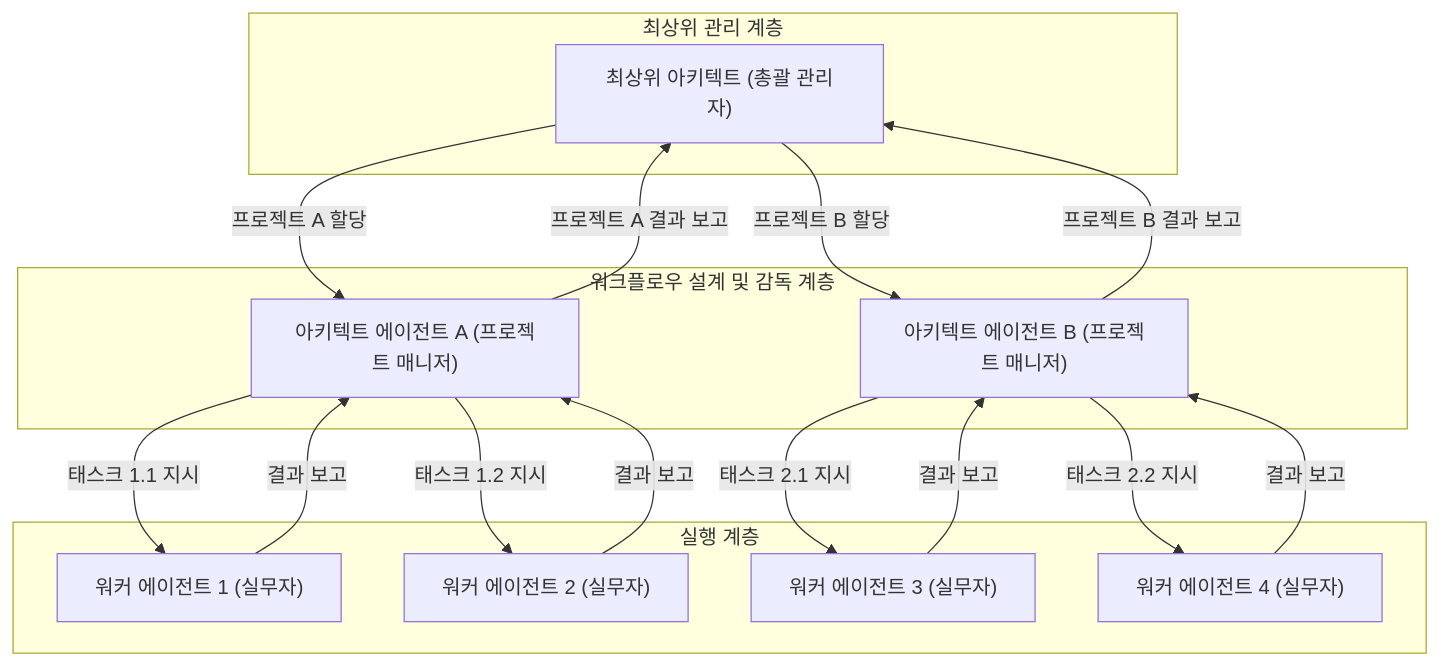
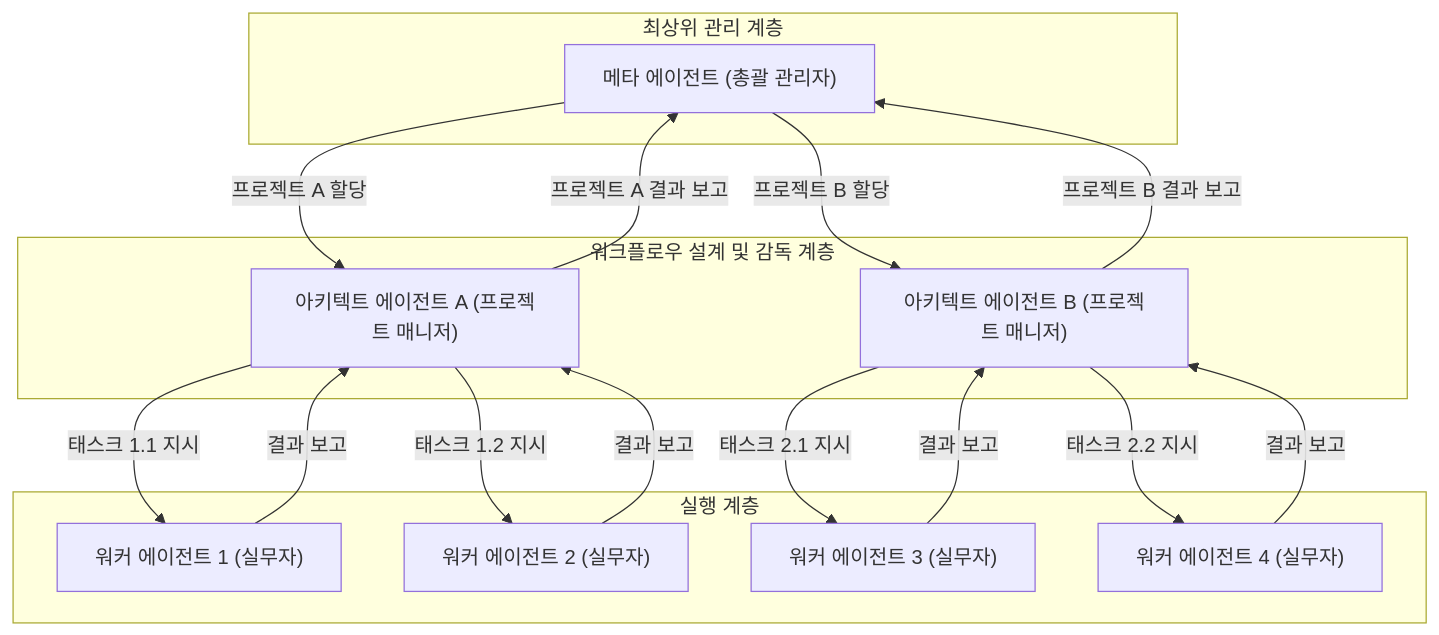
The first of 2 diagrams in book/10-advanced-collaboration-architectures.md (wooxist/ai-instructions), drawn with Mermaid before and after one commit. The commit also changed other lines of this file and 9 other files, not shown here.

````diff
--- a/book/10-advanced-collaboration-architectures.md
+++ b/book/10-advanced-collaboration-architectures.md
@@ -62,35 +62,35 @@
 ```mermaid
 graph TD;
     subgraph "최상위 관리 계층"
-        TopArchitect["최상위 아키텍트 (총괄 관리자)"]
+        MetaAgent["메타 에이전트 (총괄 관리자)"]
     end
 
     subgraph "워크플로우 설계 및 감독 계층"
         ArchitectAgentA["아키텍트 에이전트 A (프로젝트 매니저)"]
         ArchitectAgentB["아키텍트 에이전트 B (프로젝트 매니저)"]
     end
 
     subgraph "실행 계층"
         WorkerAgent1["워커 에이전트 1 (실무자)"]
         WorkerAgent2["워커 에이전트 2 (실무자)"]
         WorkerAgent3["워커 에이전트 3 (실무자)"]
         WorkerAgent4["워커 에이전트 4 (실무자)"]
     end
 
-    TopArchitect -- "프로젝트 A 할당" --> ArchitectAgentA
-    TopArchitect -- "프로젝트 B 할당" --> ArchitectAgentB
+    MetaAgent -- "프로젝트 A 할당" --> ArchitectAgentA
+    MetaAgent -- "프로젝트 B 할당" --> ArchitectAgentB
     
     ArchitectAgentA -- "태스크 1.1 지시" --> WorkerAgent1
     ArchitectAgentA -- "태스크 1.2 지시" --> WorkerAgent2
     
     ArchitectAgentB -- "태스크 2.1 지시" --> WorkerAgent3
     ArchitectAgentB -- "태스크 2.2 지시" --> WorkerAgent4
 
     WorkerAgent1 -- "결과 보고" --> ArchitectAgentA
     WorkerAgent2 -- "결과 보고" --> ArchitectAgentA
     WorkerAgent3 -- "결과 보고" --> ArchitectAgentB
     WorkerAgent4 -- "결과 보고" --> ArchitectAgentB
 
-    ArchitectAgentA -- "프로젝트 A 결과 보고" --> TopArchitect
-    ArchitectAgentB -- "프로젝트 B 결과 보고" --> TopArchitect
+    ArchitectAgentA -- "프로젝트 A 결과 보고" --> MetaAgent
+    ArchitectAgentB -- "프로젝트 B 결과 보고" --> MetaAgent
 ```
````
